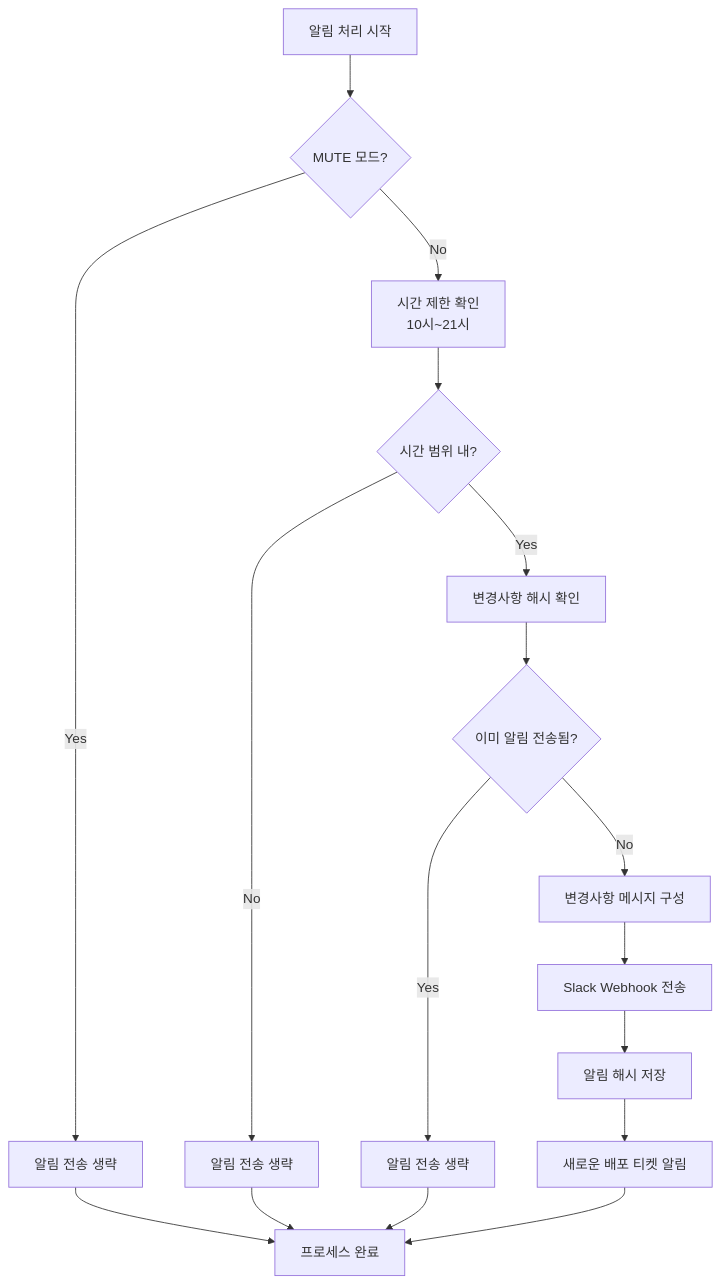
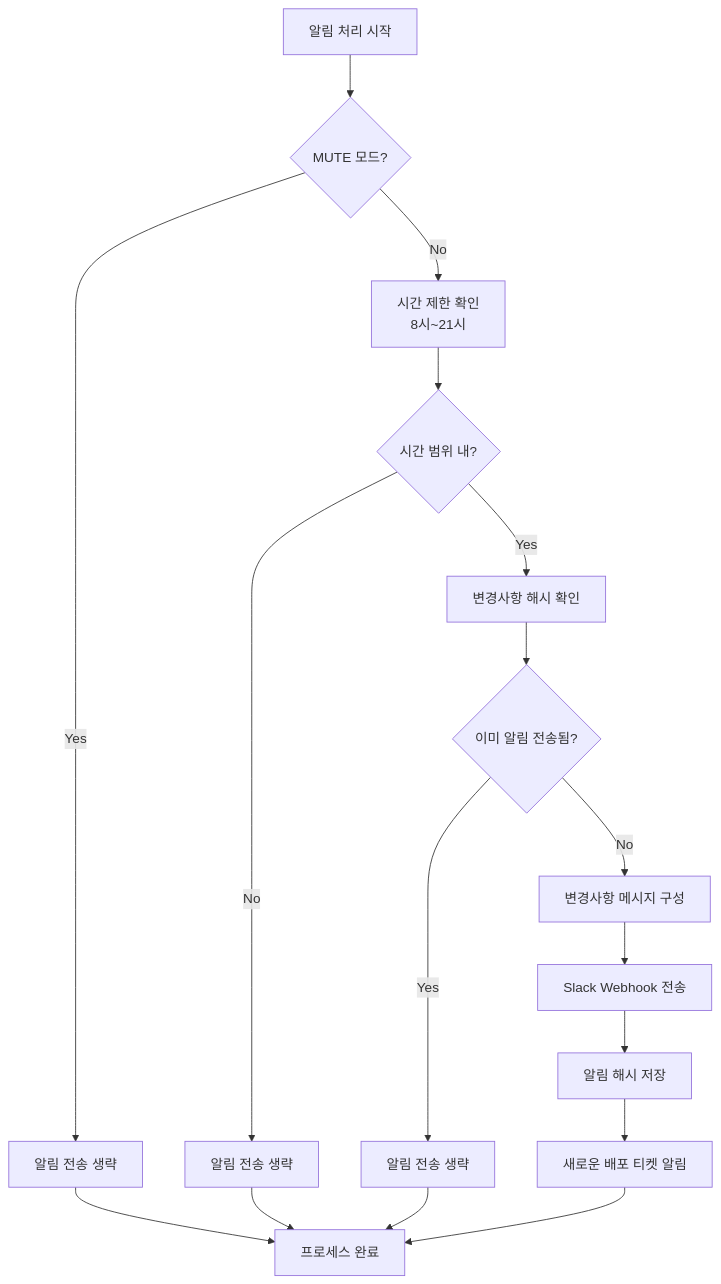
Before and after one commit to Opti-kjh/weekly-deploy-reporter: the fifth of 16 diagrams in create_weekly_report_process_diagram.md, drawn with Mermaid. The commit also changed other lines of this file and 7 other files, not shown here.

````diff
--- a/create_weekly_report_process_diagram.md
+++ b/create_weekly_report_process_diagram.md
@@ -115,24 +115,24 @@
 ```mermaid
 flowchart TD
     A[알림 처리 시작] --> B{MUTE 모드?}
     
     B -->|Yes| C[알림 전송 생략]
-    B -->|No| D[시간 제한 확인<br/>10시~21시]
+    B -->|No| D[시간 제한 확인<br/>8시~21시]
     
     D --> E{시간 범위 내?}
     E -->|No| F[알림 전송 생략]
     E -->|Yes| G[변경사항 해시 확인]
     
     G --> H{이미 알림 전송됨?}
     H -->|Yes| I[알림 전송 생략]
     H -->|No| J[변경사항 메시지 구성]
     
     J --> K[Slack Webhook 전송]
     K --> L[알림 해시 저장]
     L --> M[새로운 배포 티켓 알림]
     
     C --> N[프로세스 완료]
     F --> N
     I --> N
     M --> N
 ```
````
